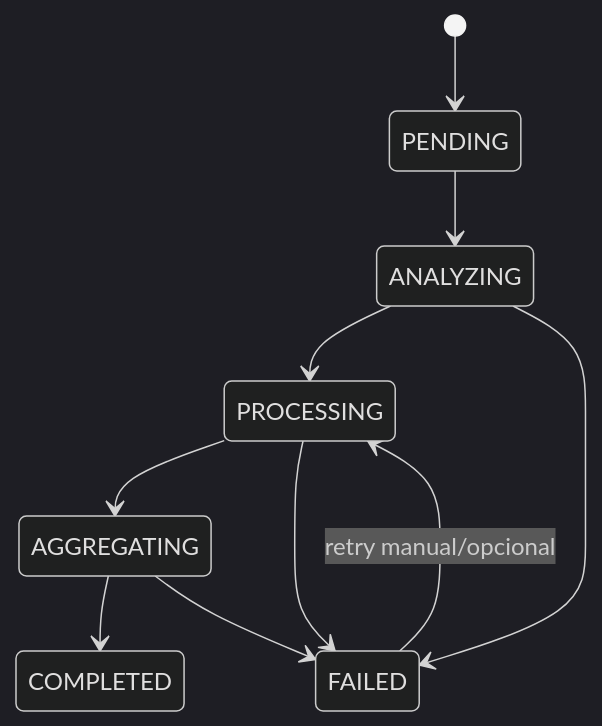
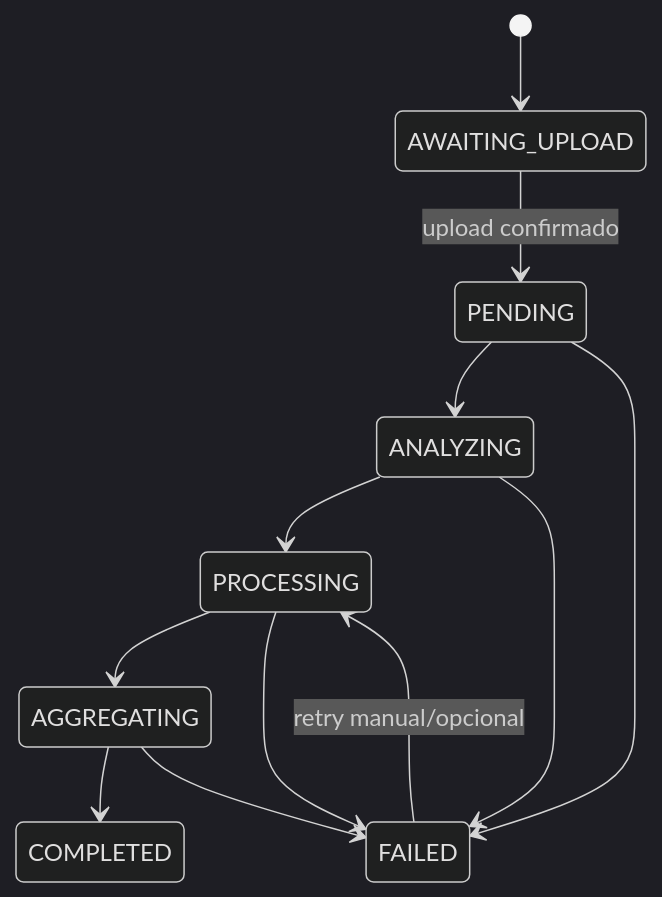
The fifth of 27 diagrams in fiapx-arquitetura-processamento-distribuido.md (cesargomesjr/video-processing-platform), drawn with Mermaid (dark theme) before and after one commit. The commit also changed other lines of this file and 21 other files, not shown here.

Commit message:
docs(video): refine EPIC-003 architecture

````diff
--- a/fiapx-arquitetura-processamento-distribuido.md
+++ b/fiapx-arquitetura-processamento-distribuido.md
@@ -285,14 +288,16 @@
 ```mermaid
 stateDiagram-v2
-    [*] --> PENDING
+    [*] --> AWAITING_UPLOAD
+    AWAITING_UPLOAD --> PENDING: upload confirmado
     PENDING --> ANALYZING
     ANALYZING --> PROCESSING
     PROCESSING --> AGGREGATING
     AGGREGATING --> COMPLETED
 
+    PENDING --> FAILED
     ANALYZING --> FAILED
     PROCESSING --> FAILED
     AGGREGATING --> FAILED
 
     FAILED --> PROCESSING: retry manual/opcional
 ```
````
